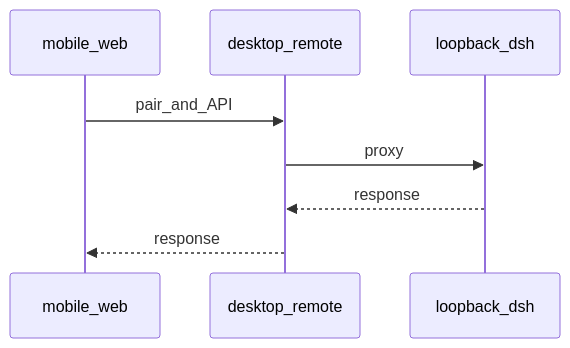
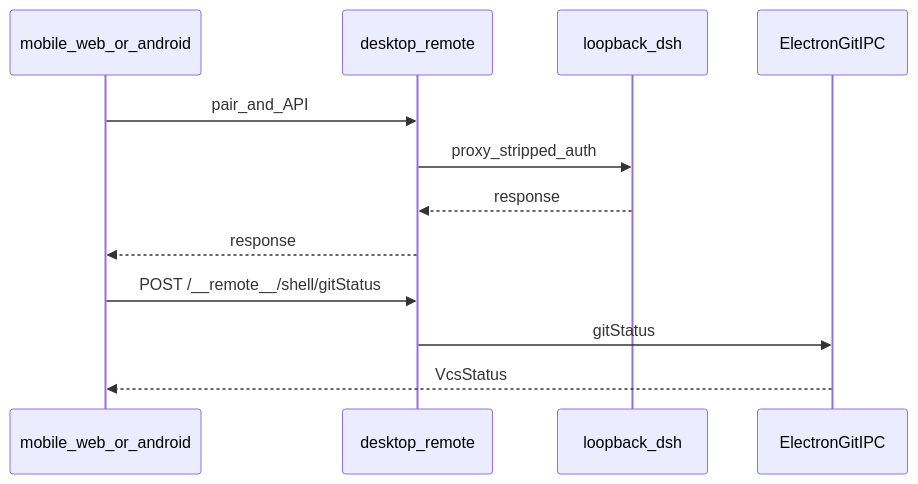
Before and after one commit to 20190441309/Deepseek-Harness-Desktop: the diagram in docs/handbook/flows/remote-pair.md, drawn with Mermaid. The commit also changed other lines of this file and 59 other files, not shown here.

First line of the commit message:
feature(mobile-remote): Android client scaffold and remote shell bridge

````diff
--- a/docs/handbook/flows/remote-pair.md
+++ b/docs/handbook/flows/remote-pair.md
@@ -12,10 +11,14 @@
 ```mermaid
 sequenceDiagram
-  participant Phone as mobile_web
+  participant Phone as mobile_web_or_android
   participant Remote as desktop_remote
   participant Dsh as loopback_dsh
+  participant Git as ElectronGitIPC
   Phone->>Remote: pair_and_API
-  Remote->>Dsh: proxy
+  Remote->>Dsh: proxy_stripped_auth
   Dsh-->>Remote: response
   Remote-->>Phone: response
+  Phone->>Remote: POST /__remote__/shell/gitStatus
+  Remote->>Git: gitStatus
+  Git-->>Phone: VcsStatus
 ```
````
